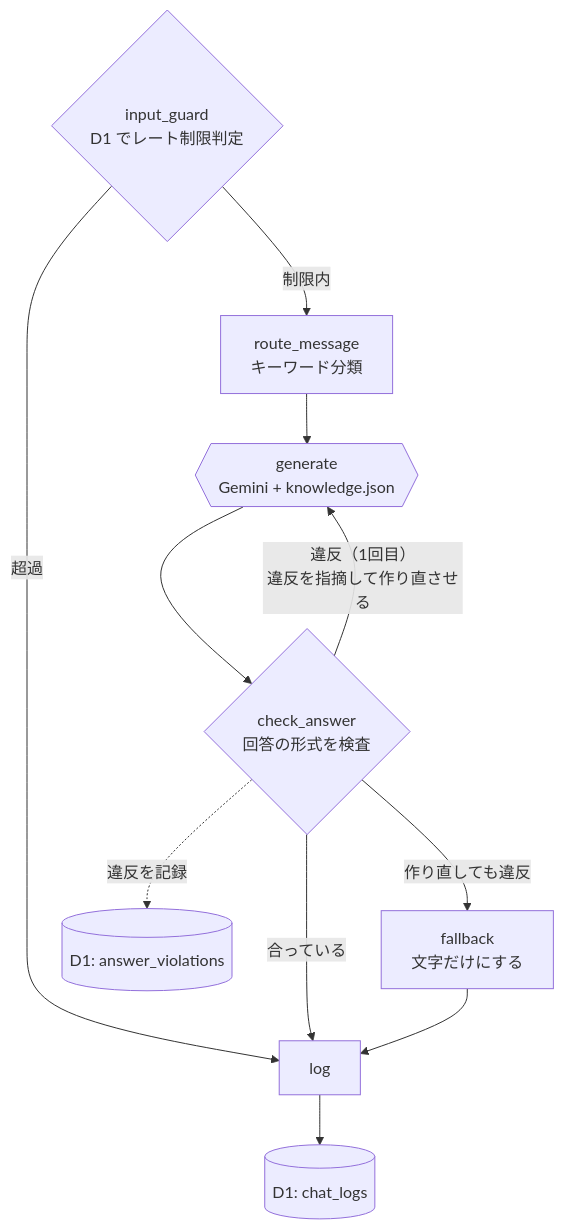
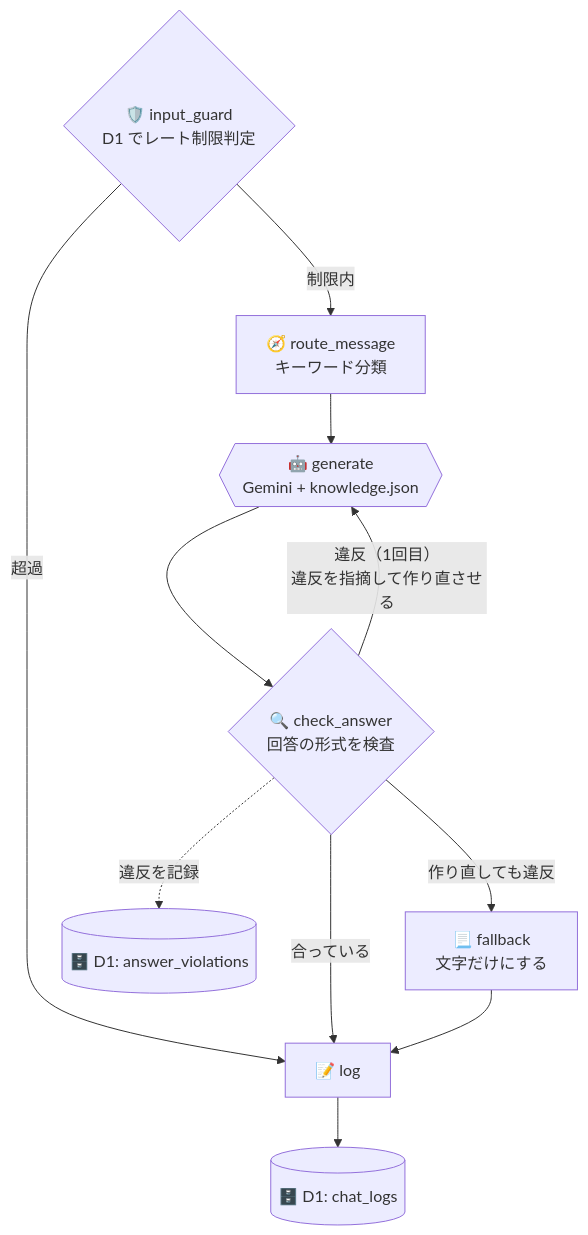
Before and after one commit to yktsnet/folio-agent: the diagram in README.md, drawn with Mermaid. The commit also changed 1 other file, not shown here.

Commit message:
docs: Mermaid の各ノードに絵文字を置く (#82)

````diff
--- a/README.md
+++ b/README.md
@@ -39,14 +39,14 @@
 ```mermaid
 flowchart TD
-    Guard{"input_guard<br/>D1 でレート制限判定"}
-    Guard -->|"制限内"| Route["route_message<br/>キーワード分類"]
-    Guard -->|"超過"| Log["log"]
-    Route --> Generate{{"generate<br/>Gemini + knowledge.json"}}
-    Generate --> Check{"check_answer<br/>回答の形式を検査"}
+    Guard{"🛡️ input_guard<br/>D1 でレート制限判定"}
+    Guard -->|"制限内"| Route["🧭 route_message<br/>キーワード分類"]
+    Guard -->|"超過"| Log["📝 log"]
+    Route --> Generate{{"🤖 generate<br/>Gemini + knowledge.json"}}
+    Generate --> Check{"🔍 check_answer<br/>回答の形式を検査"}
     Check -->|"合っている"| Log
     Check -->|"違反（1回目）<br/>違反を指摘して作り直させる"| Generate
-    Check -->|"作り直しても違反"| Fallback["fallback<br/>文字だけにする"]
+    Check -->|"作り直しても違反"| Fallback["📃 fallback<br/>文字だけにする"]
     Fallback --> Log
-    Check -.->|"違反を記録"| Violations[("D1: answer_violations")]
-    Log --> D1[("D1: chat_logs")]
+    Check -.->|"違反を記録"| Violations[("🗄️ D1: answer_violations")]
+    Log --> D1[("🗄️ D1: chat_logs")]
 ```
````
